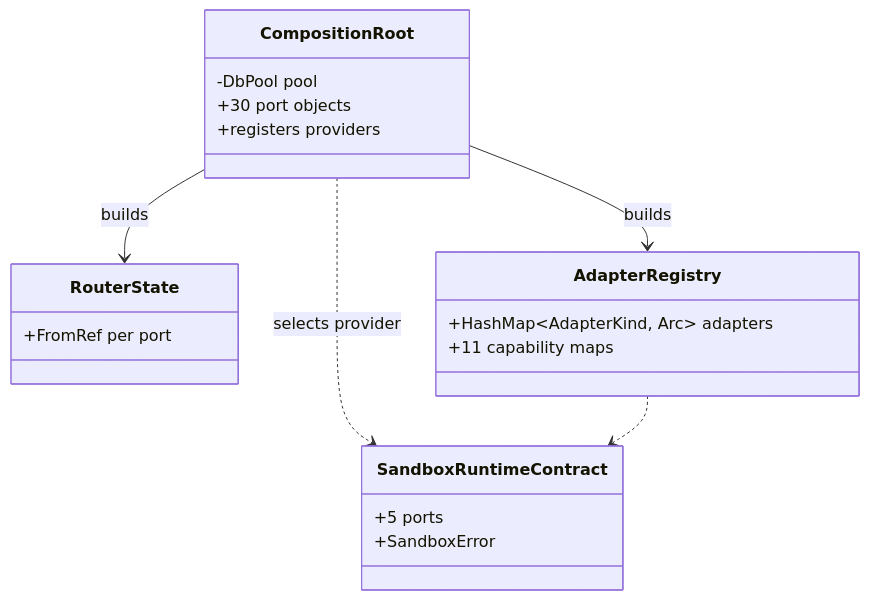
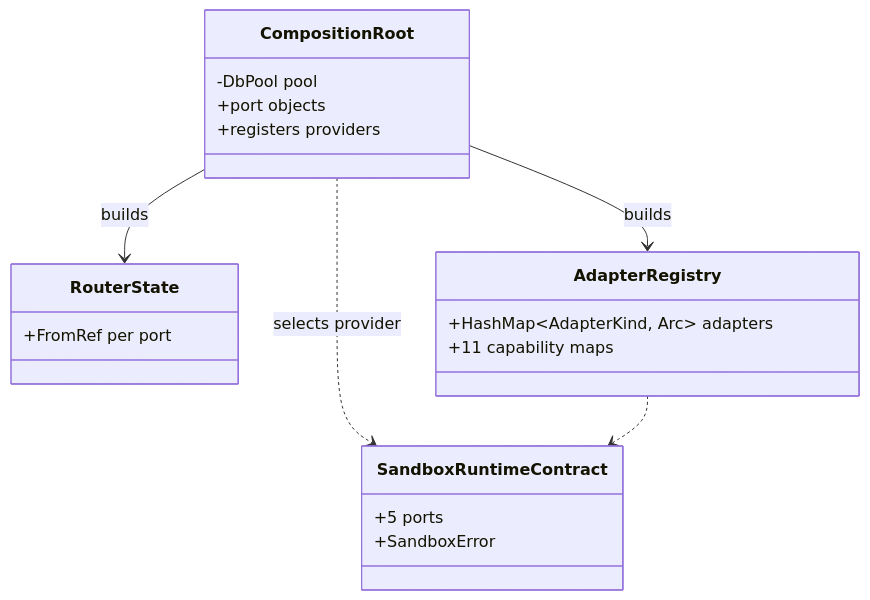
Before and after one commit to aorwall/moatless: the diagram in .plans/backend-ports-and-crates.md, drawn with Mermaid. The commit also changed other lines of this file, not shown here.

````diff
--- a/.plans/backend-ports-and-crates.md
+++ b/.plans/backend-ports-and-crates.md
@@ -745,23 +347,23 @@
 ```mermaid
 classDiagram
     class CompositionRoot {
         -DbPool pool
-        +30 port objects
+        +port objects
         +registers providers
     }
     class RouterState {
         +FromRef per port
     }
     class AdapterRegistry {
         +HashMap~AdapterKind, Arc~ adapters
         +11 capability maps
     }
     class SandboxRuntimeContract {
         +5 ports
         +SandboxError
     }
     CompositionRoot --> RouterState : builds
     CompositionRoot --> AdapterRegistry : builds
     CompositionRoot ..> SandboxRuntimeContract : selects provider
     AdapterRegistry ..> SandboxRuntimeContract
 ```
````
